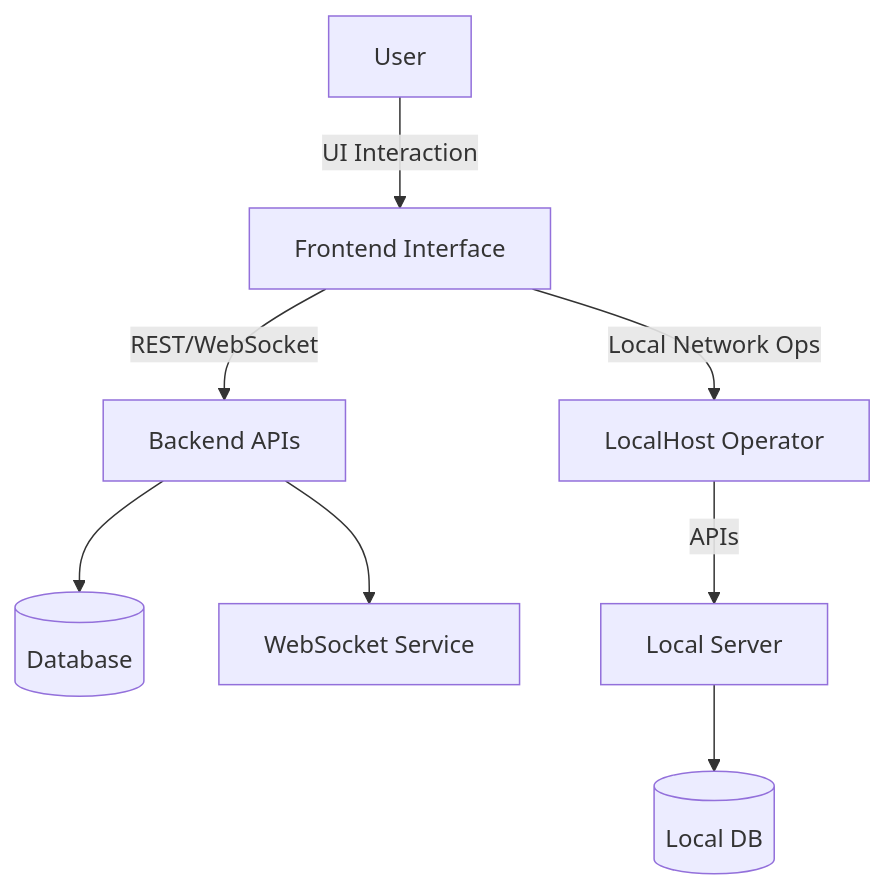
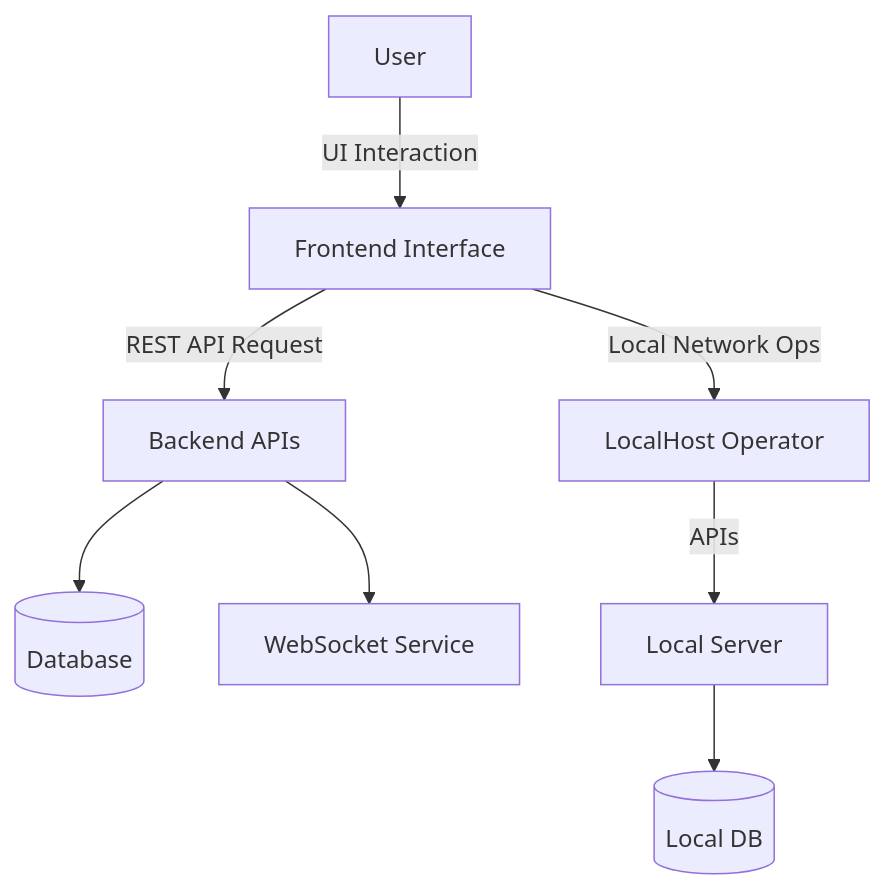
The diagram in readme.md (vedansh-tyagi245/RT-IDS), drawn with Mermaid before and after one commit.

````diff
--- a/readme.md
+++ b/readme.md
@@ -26,10 +26,10 @@
 ```mermaid
 flowchart TD
     User -->|UI Interaction| Frontend[Frontend Interface]
-    Frontend -->|REST/WebSocket| Backend[Backend APIs]
+    Frontend -->|REST API Request| Backend[Backend APIs]
     Frontend -->|Local Network Ops| Local[LocalHost Operator]
     Backend --> DB[(Database)]
     Backend --> WebSocket[WebSocket Service]
     Local -->|APIs| LocalServer[Local Server]
     LocalServer --> LocalDB[(Local DB)]
 ```
````
